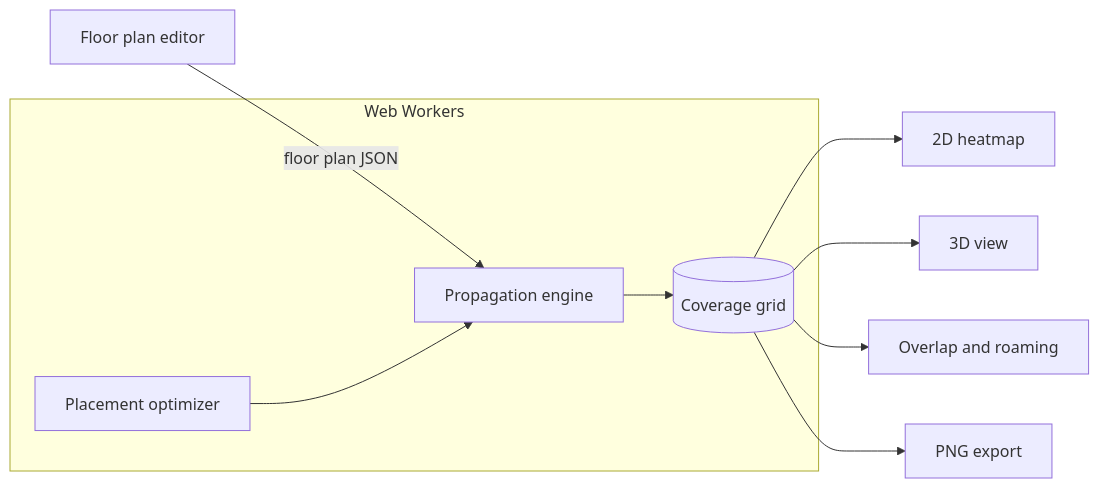
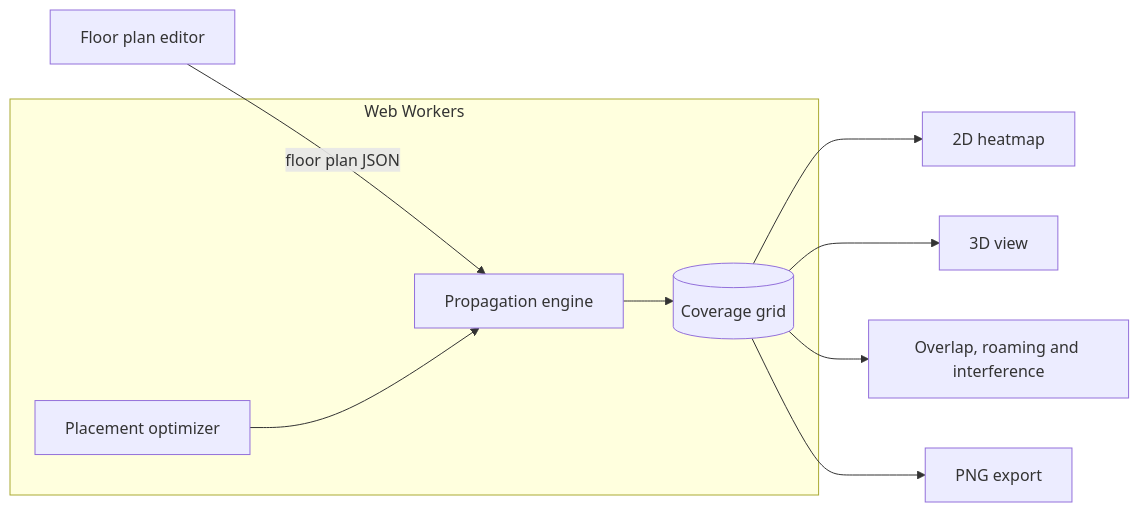
One commit to NC4321/SignalPlan changed the diagram in README.md. Above: the diagram before and after it, drawn with Mermaid. The commit also changed other lines of this file and 13 other files, not shown here.

````diff
--- a/README.md
+++ b/README.md
@@ -107,12 +108,12 @@
 ```mermaid
 flowchart LR
   editor[Floor plan editor] -->|floor plan JSON| engine
   subgraph workers[Web Workers]
     engine[Propagation engine] --> grid[(Coverage grid)]
     optimizer[Placement optimizer] --> engine
   end
   grid --> heatmap[2D heatmap]
   grid --> view3d[3D view]
-  grid --> views[Overlap and roaming]
+  grid --> views[Overlap, roaming and interference]
   grid --> png[PNG export]
 ```
````
